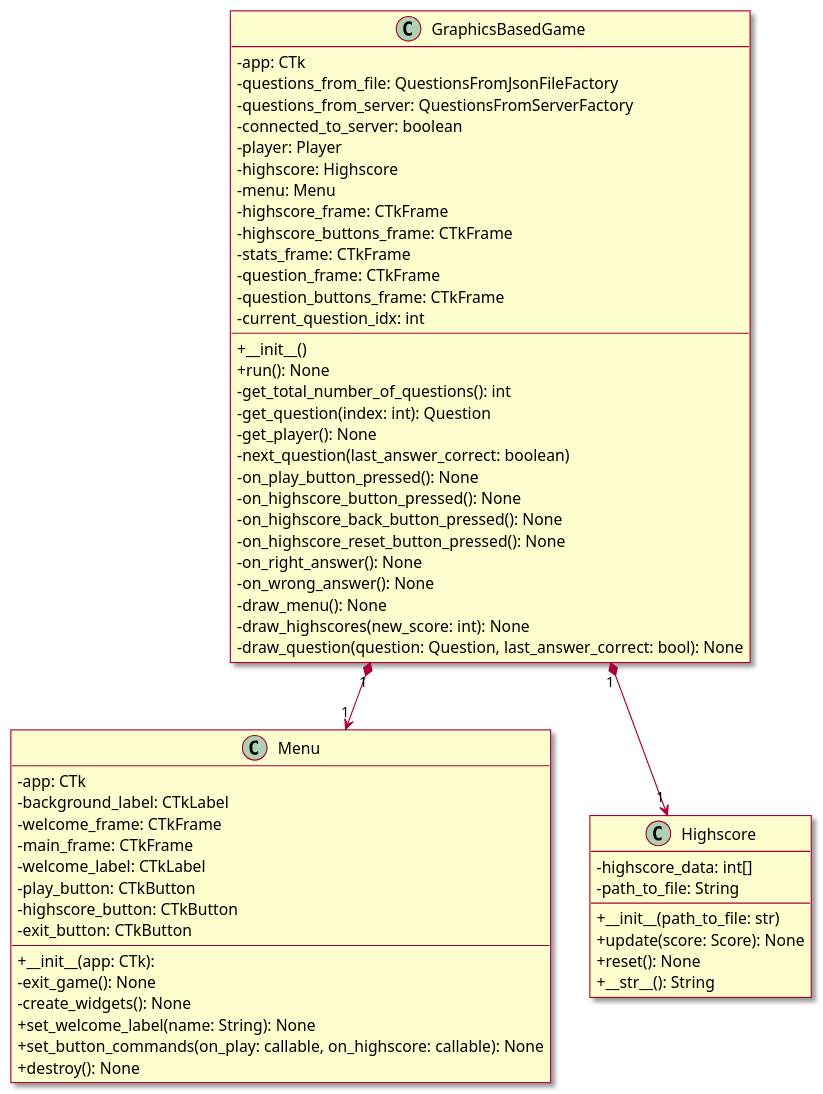
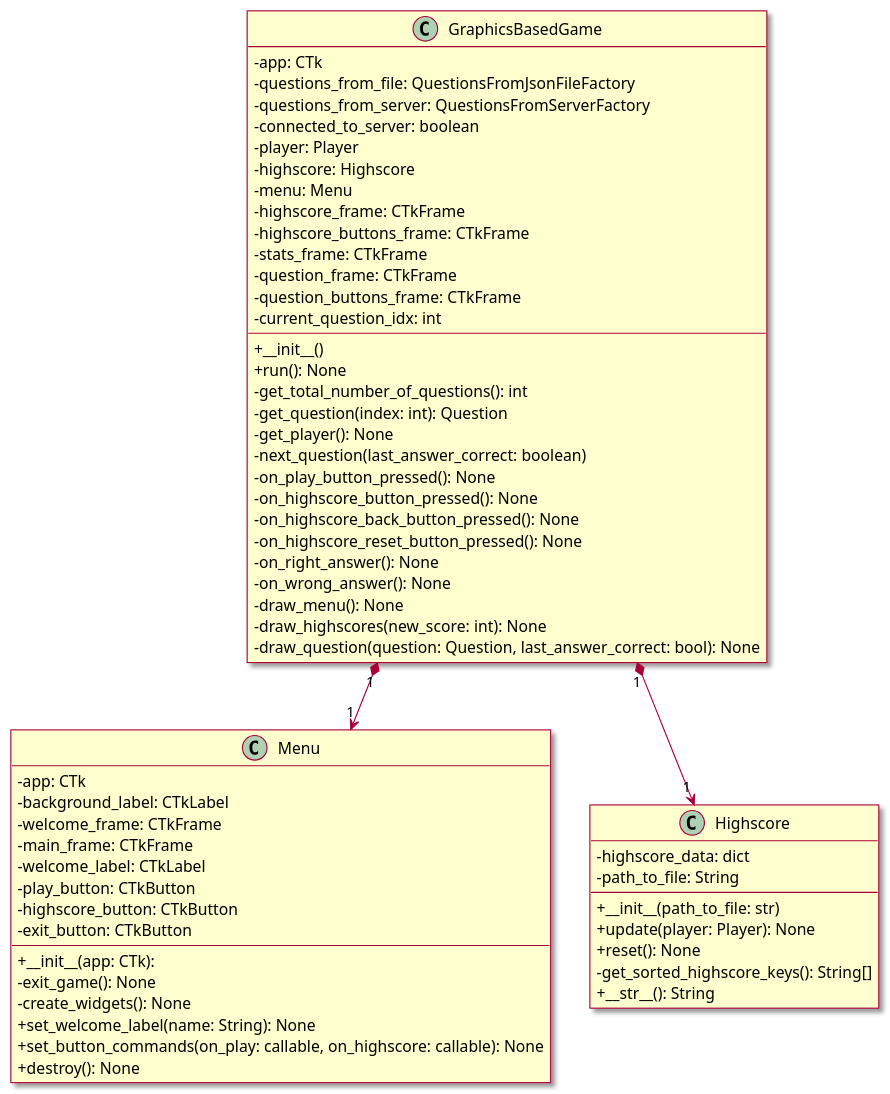
The diagram in diagrams/GUI_class_diagram.puml (killuari/quiz_game_ctk), drawn with PlantUML before and after one commit. The commit also changed 4 other files, not shown here.

Commit message:
Adjust highscore UML diagrams

```diff
--- a/diagrams/GUI_class_diagram.puml
+++ b/diagrams/GUI_class_diagram.puml
@@ -1,67 +1,68 @@
 @startuml
 hide empty members
 skin rose
 skinparam classAttributeIconSize 0
 
 class GraphicsBasedGame {
     - app: CTk
     - questions_from_file: QuestionsFromJsonFileFactory
     - questions_from_server: QuestionsFromServerFactory
     - connected_to_server: boolean
     - player: Player
     - highscore: Highscore
     - menu: Menu
     - highscore_frame: CTkFrame
     - highscore_buttons_frame: CTkFrame
     - stats_frame: CTkFrame
     - question_frame: CTkFrame
     - question_buttons_frame: CTkFrame
     - current_question_idx: int
     + __init__()
     + run(): None
     - get_total_number_of_questions(): int
     - get_question(index: int): Question
     - get_player(): None
     - next_question(last_answer_correct: boolean)
     - on_play_button_pressed(): None
     - on_highscore_button_pressed(): None
     - on_highscore_back_button_pressed(): None
     - on_highscore_reset_button_pressed(): None
     - on_right_answer(): None
     - on_wrong_answer(): None
     - draw_menu(): None
     - draw_highscores(new_score: int): None
     - draw_question(question: Question, last_answer_correct: bool): None
 
 }
 
 class Menu {
     - app: CTk
     - background_label: CTkLabel
     - welcome_frame: CTkFrame
     - main_frame: CTkFrame
     - welcome_label: CTkLabel
     - play_button: CTkButton
     - highscore_button: CTkButton
     - exit_button: CTkButton
     + __init__(app: CTk):
     - exit_game(): None
     - create_widgets(): None
     + set_welcome_label(name: String): None
     + set_button_commands(on_play: callable, on_highscore: callable): None
     + destroy(): None
 }
 
 class Highscore {
-    - highscore_data: int[]
+    - highscore_data: dict
     - path_to_file: String
     + __init__(path_to_file: str)
-    + update(score: Score): None
+    + update(player: Player): None
     + reset(): None
+    - get_sorted_highscore_keys(): String[]
     + __str__(): String
 }
 
 GraphicsBasedGame "1" *--> "1" Menu
 GraphicsBasedGame "1" *--> "1" Highscore
 
 @enduml
```
